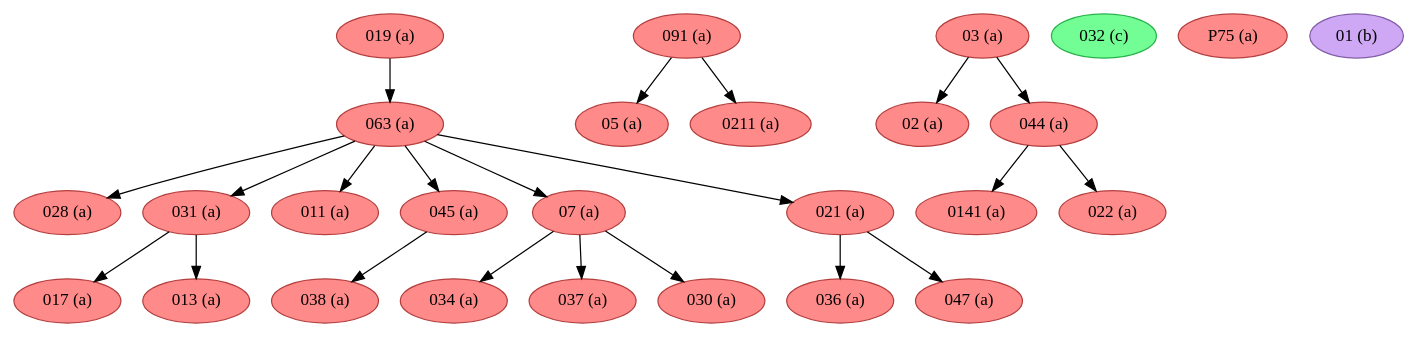
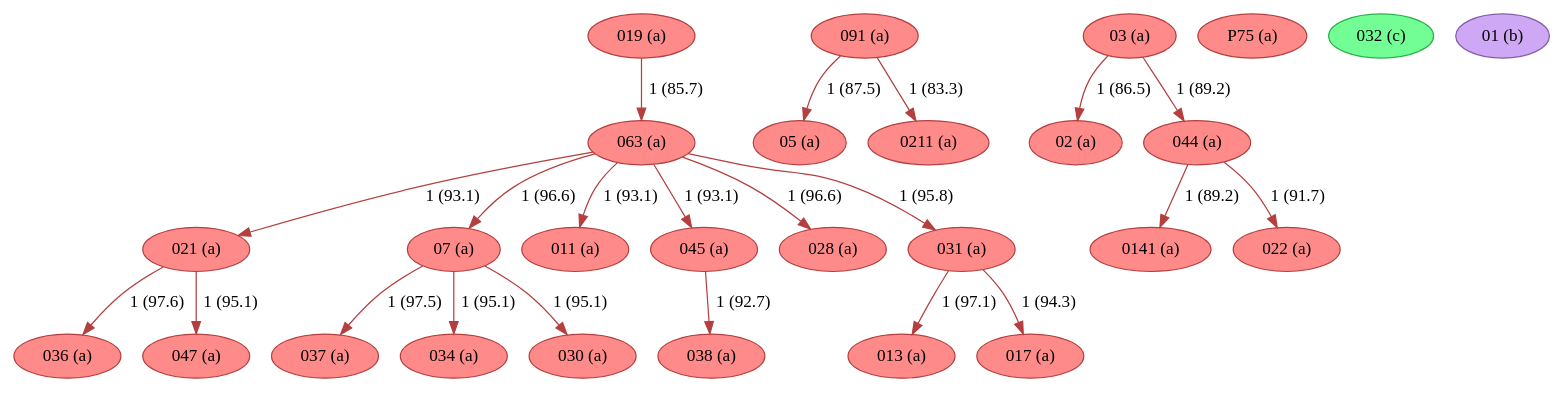
Before and after one commit to edmondac/CBGM: the diagram in example/c499/textual_flow_23_12-16_c499.dot, drawn with Graphviz. The commit also changed 163 other files, not shown here.

Commit message:
Updated diagrams with new code

```diff
--- a/example/c499/textual_flow_23_12-16_c499.dot
+++ b/example/c499/textual_flow_23_12-16_c499.dot
@@ -1,50 +1,50 @@
 strict digraph G {
+"013 (a)" [fillcolor="#FF8A8A", color="#b43f3f", style=filled];
+"017 (a)" [fillcolor="#FF8A8A", color="#b43f3f", style=filled];
+"021 (a)" [fillcolor="#FF8A8A", color="#b43f3f", style=filled];
+"037 (a)" [fillcolor="#FF8A8A", color="#b43f3f", style=filled];
+"05 (a)" [fillcolor="#FF8A8A", color="#b43f3f", style=filled];
+"02 (a)" [fillcolor="#FF8A8A", color="#b43f3f", style=filled];
+"036 (a)" [fillcolor="#FF8A8A", color="#b43f3f", style=filled];
+"07 (a)" [fillcolor="#FF8A8A", color="#b43f3f", style=filled];
 "038 (a)" [fillcolor="#FF8A8A", color="#b43f3f", style=filled];
+"03 (a)" [fillcolor="#FF8A8A", color="#b43f3f", style=filled];
+"P75 (a)" [fillcolor="#FF8A8A", color="#b43f3f", style=filled];
+"032 (c)" [fillcolor="#72FE95", color="#27b34a", style=filled];
 "034 (a)" [fillcolor="#FF8A8A", color="#b43f3f", style=filled];
+"019 (a)" [fillcolor="#FF8A8A", color="#b43f3f", style=filled];
+"0141 (a)" [fillcolor="#FF8A8A", color="#b43f3f", style=filled];
+"0211 (a)" [fillcolor="#FF8A8A", color="#b43f3f", style=filled];
+"011 (a)" [fillcolor="#FF8A8A", color="#b43f3f", style=filled];
+"045 (a)" [fillcolor="#FF8A8A", color="#b43f3f", style=filled];
+"01 (b)" [fillcolor="#CEA8F4", color="#835da9", style=filled];
+"030 (a)" [fillcolor="#FF8A8A", color="#b43f3f", style=filled];
+"028 (a)" [fillcolor="#FF8A8A", color="#b43f3f", style=filled];
+"091 (a)" [fillcolor="#FF8A8A", color="#b43f3f", style=filled];
+"022 (a)" [fillcolor="#FF8A8A", color="#b43f3f", style=filled];
+"047 (a)" [fillcolor="#FF8A8A", color="#b43f3f", style=filled];
+"044 (a)" [fillcolor="#FF8A8A", color="#b43f3f", style=filled];
 "063 (a)" [fillcolor="#FF8A8A", color="#b43f3f", style=filled];
-"05 (a)" [fillcolor="#FF8A8A", color="#b43f3f", style=filled];
-"028 (a)" [fillcolor="#FF8A8A", color="#b43f3f", style=filled];
-"02 (a)" [fillcolor="#FF8A8A", color="#b43f3f", style=filled];
-"03 (a)" [fillcolor="#FF8A8A", color="#b43f3f", style=filled];
-"044 (a)" [fillcolor="#FF8A8A", color="#b43f3f", style=filled];
-"0141 (a)" [fillcolor="#FF8A8A", color="#b43f3f", style=filled];
-"019 (a)" [fillcolor="#FF8A8A", color="#b43f3f", style=filled];
-"032 (c)" [fillcolor="#72FE95", color="#27b34a", style=filled];
-"P75 (a)" [fillcolor="#FF8A8A", color="#b43f3f", style=filled];
-"01 (b)" [fillcolor="#CEA8F4", color="#835da9", style=filled];
-"0211 (a)" [fillcolor="#FF8A8A", color="#b43f3f", style=filled];
 "031 (a)" [fillcolor="#FF8A8A", color="#b43f3f", style=filled];
-"036 (a)" [fillcolor="#FF8A8A", color="#b43f3f", style=filled];
-"017 (a)" [fillcolor="#FF8A8A", color="#b43f3f", style=filled];
-"011 (a)" [fillcolor="#FF8A8A", color="#b43f3f", style=filled];
-"047 (a)" [fillcolor="#FF8A8A", color="#b43f3f", style=filled];
-"045 (a)" [fillcolor="#FF8A8A", color="#b43f3f", style=filled];
-"022 (a)" [fillcolor="#FF8A8A", color="#b43f3f", style=filled];
-"013 (a)" [fillcolor="#FF8A8A", color="#b43f3f", style=filled];
-"091 (a)" [fillcolor="#FF8A8A", color="#b43f3f", style=filled];
-"07 (a)" [fillcolor="#FF8A8A", color="#b43f3f", style=filled];
-"037 (a)" [fillcolor="#FF8A8A", color="#b43f3f", style=filled];
-"030 (a)" [fillcolor="#FF8A8A", color="#b43f3f", style=filled];
-"021 (a)" [fillcolor="#FF8A8A", color="#b43f3f", style=filled];
-"063 (a)" -> "028 (a)";
-"063 (a)" -> "031 (a)";
-"063 (a)" -> "07 (a)";
-"063 (a)" -> "021 (a)";
-"063 (a)" -> "011 (a)";
-"063 (a)" -> "045 (a)";
-"03 (a)" -> "02 (a)";
-"03 (a)" -> "044 (a)";
-"044 (a)" -> "022 (a)";
-"044 (a)" -> "0141 (a)";
-"019 (a)" -> "063 (a)";
-"031 (a)" -> "017 (a)";
-"031 (a)" -> "013 (a)";
-"045 (a)" -> "038 (a)";
-"091 (a)" -> "05 (a)";
-"091 (a)" -> "0211 (a)";
-"07 (a)" -> "037 (a)";
-"07 (a)" -> "030 (a)";
-"07 (a)" -> "034 (a)";
-"021 (a)" -> "036 (a)";
-"021 (a)" -> "047 (a)";
+"021 (a)" -> "036 (a)"  [color="#b43f3f", label="1 (97.6)"];
+"021 (a)" -> "047 (a)"  [color="#b43f3f", label="1 (95.1)"];
+"07 (a)" -> "030 (a)"  [color="#b43f3f", label="1 (95.1)"];
+"07 (a)" -> "034 (a)"  [color="#b43f3f", label="1 (95.1)"];
+"07 (a)" -> "037 (a)"  [color="#b43f3f", label="1 (97.5)"];
+"03 (a)" -> "044 (a)"  [color="#b43f3f", label="1 (89.2)"];
+"03 (a)" -> "02 (a)"  [color="#b43f3f", label="1 (86.5)"];
+"019 (a)" -> "063 (a)"  [color="#b43f3f", label="1 (85.7)"];
+"045 (a)" -> "038 (a)"  [color="#b43f3f", label="1 (92.7)"];
+"091 (a)" -> "0211 (a)"  [color="#b43f3f", label="1 (83.3)"];
+"091 (a)" -> "05 (a)"  [color="#b43f3f", label="1 (87.5)"];
+"044 (a)" -> "022 (a)"  [color="#b43f3f", label="1 (91.7)"];
+"044 (a)" -> "0141 (a)"  [color="#b43f3f", label="1 (89.2)"];
+"063 (a)" -> "045 (a)"  [color="#b43f3f", label="1 (93.1)"];
+"063 (a)" -> "028 (a)"  [color="#b43f3f", label="1 (96.6)"];
+"063 (a)" -> "011 (a)"  [color="#b43f3f", label="1 (93.1)"];
+"063 (a)" -> "07 (a)"  [color="#b43f3f", label="1 (96.6)"];
+"063 (a)" -> "021 (a)"  [color="#b43f3f", label="1 (93.1)"];
+"063 (a)" -> "031 (a)"  [color="#b43f3f", label="1 (95.8)"];
+"031 (a)" -> "013 (a)"  [color="#b43f3f", label="1 (97.1)"];
+"031 (a)" -> "017 (a)"  [color="#b43f3f", label="1 (94.3)"];
 }
```
